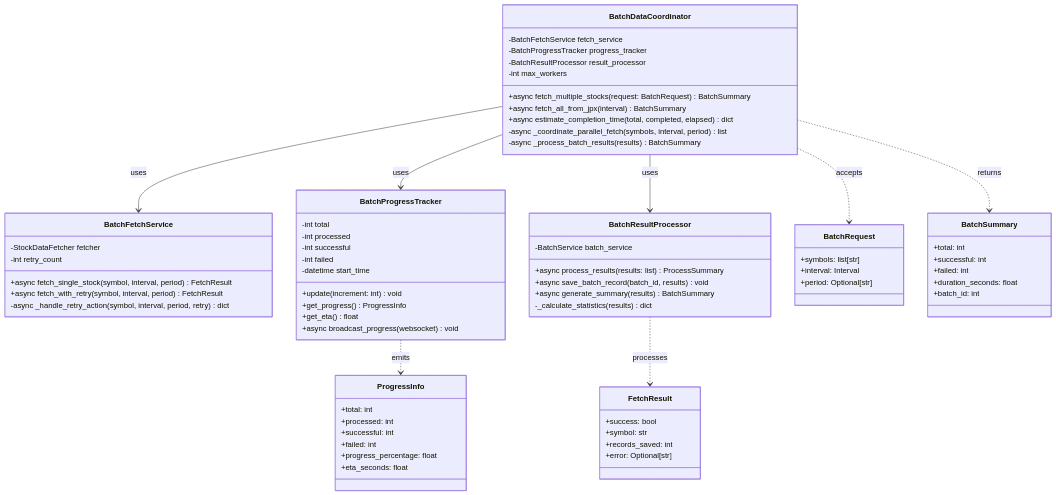
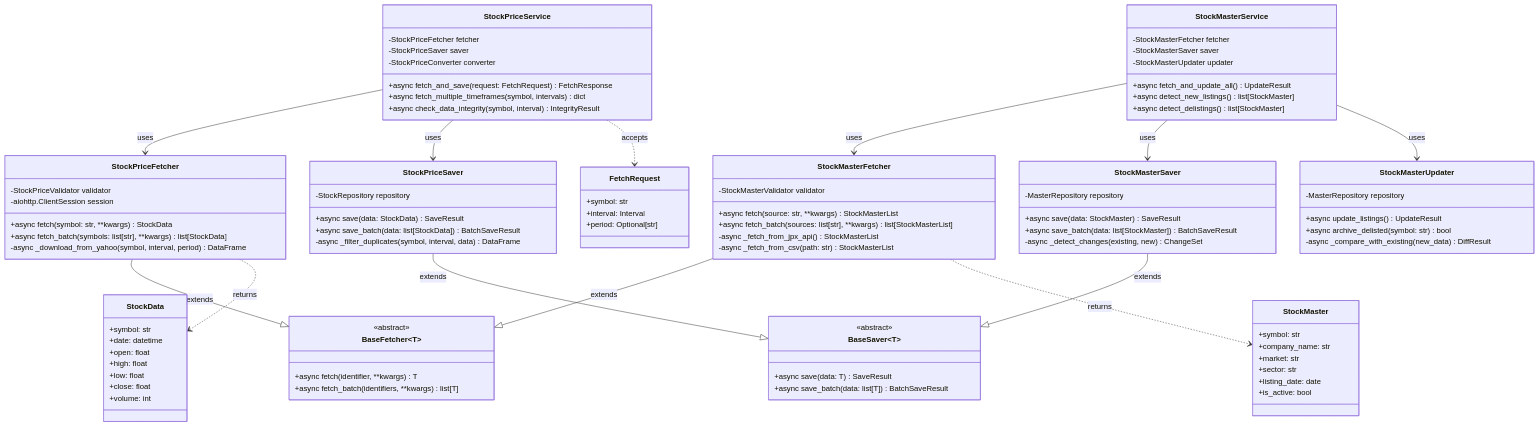
The third of 7 diagrams in docs/architecture/layers/service_layer.md (TIMMY-WEST/STOCK-INVESTMENT-ANALYZER), drawn with Mermaid before and after one commit. The commit also changed other lines of this file, not shown here.

````diff
--- a/docs/architecture/layers/service_layer.md
+++ b/docs/architecture/layers/service_layer.md
@@ -491,82 +610,115 @@
 ```mermaid
 classDiagram
-    class BatchDataCoordinator {
-        -BatchFetchService fetch_service
-        -BatchProgressTracker progress_tracker
-        -BatchResultProcessor result_processor
-        -int max_workers
-        +async fetch_multiple_stocks(request: BatchRequest) BatchSummary
-        +async fetch_all_from_jpx(interval) BatchSummary
-        +async estimate_completion_time(total, completed, elapsed) dict
-        -async _coordinate_parallel_fetch(symbols, interval, period) list
-        -async _process_batch_results(results) BatchSummary
+    %% 共通基盤（継承元）
+    class BaseFetcher~T~ {
+        <<abstract>>
+        +async fetch(identifier, **kwargs) T
+        +async fetch_batch(identifiers, **kwargs) list[T]
     }
 
-    class BatchFetchService {
-        -StockDataFetcher fetcher
-        -int retry_count
-        +async fetch_single_stock(symbol, interval, period) FetchResult
-        +async fetch_with_retry(symbol, interval, period) FetchResult
-        -async _handle_retry_action(symbol, interval, period, retry) dict
+    class BaseSaver~T~ {
+        <<abstract>>
+        +async save(data: T) SaveResult
+        +async save_batch(data: list[T]) BatchSaveResult
     }
 
-    class BatchProgressTracker {
-        -int total
-        -int processed
-        -int successful
-        -int failed
-        -datetime start_time
-        +update(increment: int) void
-        +get_progress() ProgressInfo
-        +get_eta() float
-        +async broadcast_progress(websocket) void
+    %% 株価データサブドメイン
+    class StockPriceService {
+        -StockPriceFetcher fetcher
+        -StockPriceSaver saver
+        -StockPriceConverter converter
+        +async fetch_and_save(request: FetchRequest) FetchResponse
+        +async fetch_multiple_timeframes(symbol, intervals) dict
+        +async check_data_integrity(symbol, interval) IntegrityResult
     }
 
-    class BatchResultProcessor {
-        -BatchService batch_service
-        +async process_results(results: list) ProcessSummary
-        +async save_batch_record(batch_id, results) void
-        +async generate_summary(results) BatchSummary
-        -_calculate_statistics(results) dict
+    class StockPriceFetcher {
+        -StockPriceValidator validator
+        -aiohttp.ClientSession session
+        +async fetch(symbol: str, **kwargs) StockData
+        +async fetch_batch(symbols: list[str], **kwargs) list[StockData]
+        -async _download_from_yahoo(symbol, interval, period) DataFrame
+    }
+
+    class StockPriceSaver {
+        -StockRepository repository
+        +async save(data: StockData) SaveResult
+        +async save_batch(data: list[StockData]) BatchSaveResult
+        -async _filter_duplicates(symbol, interval, data) DataFrame
+    }
+
+    %% 銘柄マスタサブドメイン
+    class StockMasterService {
+        -StockMasterFetcher fetcher
+        -StockMasterSaver saver
+        -StockMasterUpdater updater
+        +async fetch_and_update_all() UpdateResult
+        +async detect_new_listings() list[StockMaster]
+        +async detect_delistings() list[StockMaster]
+    }
+
+    class StockMasterFetcher {
+        -StockMasterValidator validator
+        +async fetch(source: str, **kwargs) StockMasterList
+        +async fetch_batch(sources: list[str], **kwargs) list[StockMasterList]
+        -async _fetch_from_jpx_api() StockMasterList
+        -async _fetch_from_csv(path: str) StockMasterList
+    }
+
+    class StockMasterSaver {
+        -MasterRepository repository
+        +async save(data: StockMaster) SaveResult
+        +async save_batch(data: list[StockMaster]) BatchSaveResult
+        -async _detect_changes(existing, new) ChangeSet
+    }
+
+    class StockMasterUpdater {
+        -MasterRepository repository
+        +async update_listings() UpdateResult
+        +async archive_delisted(symbol: str) bool
+        -async _compare_with_existing(new_data) DiffResult
     }
 
     %% Pydanticモデル
-    class BatchRequest {
-        +symbols: list[str]
+    class FetchRequest {
+        +symbol: str
         +interval: Interval
         +period: Optional[str]
     }
 
-    class BatchSummary {
-        +total: int
-        +successful: int
-        +failed: int
-        +duration_seconds: float
-        +batch_id: int
+    class StockData {
+        +symbol: str
+        +date: datetime
+        +open: float
+        +high: float
+        +low: float
+        +close: float
+        +volume: int
     }
 
-    class FetchResult {
-        +success: bool
+    class StockMaster {
         +symbol: str
-        +records_saved: int
-        +error: Optional[str]
+        +company_name: str
+        +market: str
+        +sector: str
+        +listing_date: date
+        +is_active: bool
     }
 
-    class ProgressInfo {
-        +total: int
-        +processed: int
-        +successful: int
-        +failed: int
-        +progress_percentage: float
-        +eta_seconds: float
-    }
+    %% 継承関係
+    StockPriceFetcher --|> BaseFetcher : extends
+    StockPriceSaver --|> BaseSaver : extends
+    StockMasterFetcher --|> BaseFetcher : extends
+    StockMasterSaver --|> BaseSaver : extends
 
-    BatchDataCoordinator --> BatchFetchService : uses
-    BatchDataCoordinator --> BatchProgressTracker : uses
-    BatchDataCoordinator --> BatchResultProcessor : uses
+    %% 依存関係
+    StockPriceService --> StockPriceFetcher : uses
+    StockPriceService --> StockPriceSaver : uses
+    StockMasterService --> StockMasterFetcher : uses
+    StockMasterService --> StockMasterSaver : uses
+    StockMasterService --> StockMasterUpdater : uses
 
-    BatchDataCoordinator ..> BatchRequest : accepts
-    BatchDataCoordinator ..> BatchSummary : returns
-    BatchProgressTracker ..> ProgressInfo : emits
-    BatchResultProcessor ..> FetchResult : processes
+    StockPriceService ..> FetchRequest : accepts
+    StockPriceFetcher ..> StockData : returns
+    StockMasterFetcher ..> StockMaster : returns
 ```
````
